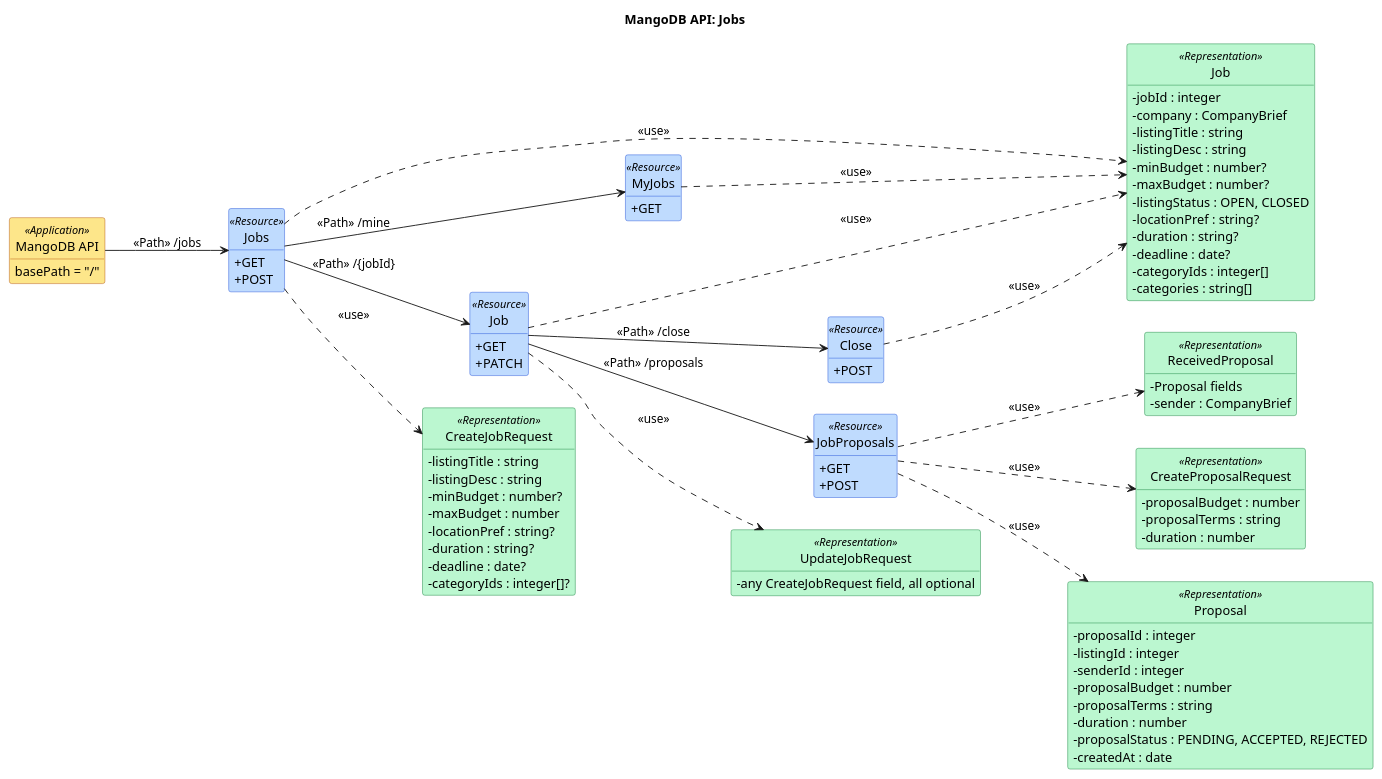
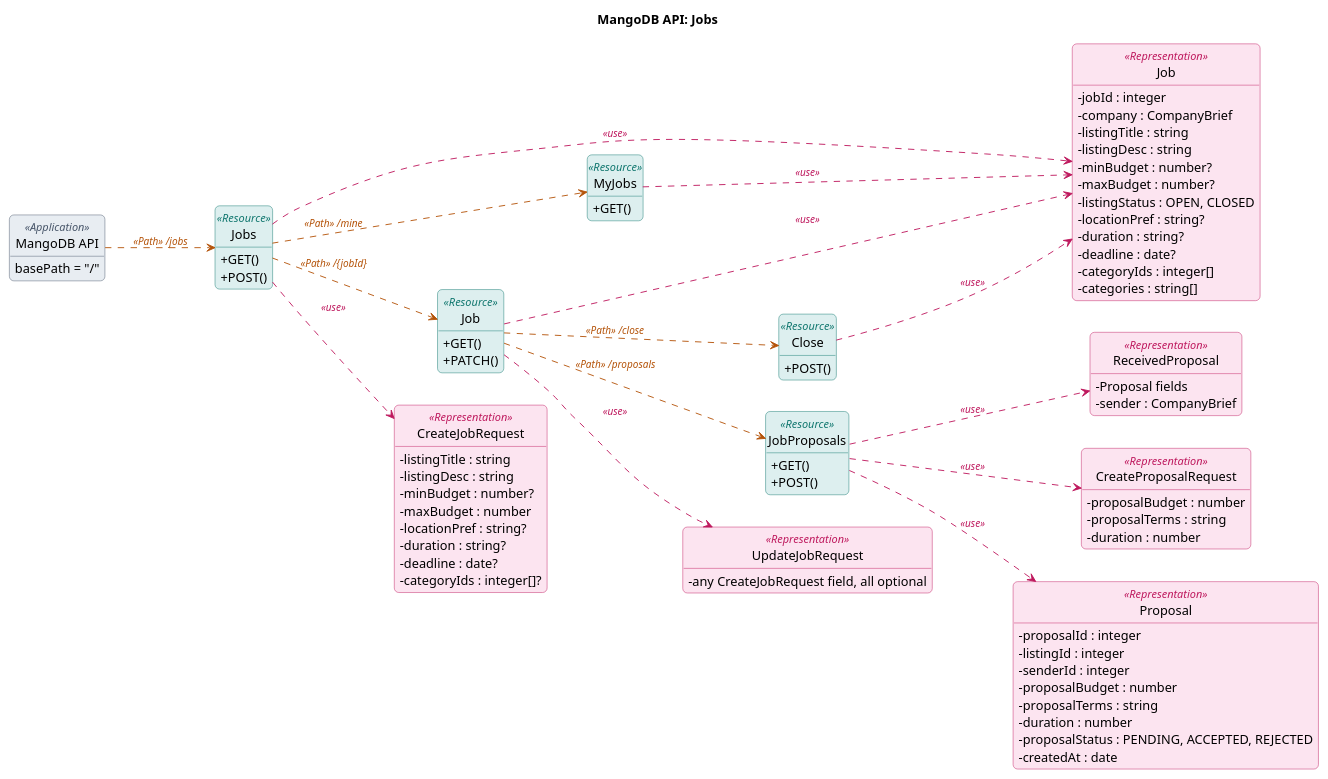
Before and after one commit to taofuuu/MangoDB: the diagram in docs/api/uml/jobs.puml, drawn with PlantUML. The commit also changed 31 other files, not shown here.

First line of the commit message:
docs(api): document quotation and cancel endpoints, restyle UML API diagrams

```diff
--- a/docs/api/uml/jobs.puml
+++ b/docs/api/uml/jobs.puml
@@ -1,98 +1,106 @@
 @startuml
 left to right direction
 skinparam classAttributeIconSize 0
 hide circle
 hide empty members
+skinparam shadowing false
+skinparam roundcorner 10
+skinparam ClassFontStyle bold
+skinparam ClassAttributeFontStyle plain
+skinparam ArrowFontSize 11
 skinparam class {
-  BackgroundColor<<Application>> #FDE68A
-  BorderColor<<Application>> #B45309
-  BackgroundColor<<Resource>> #BFDBFE
-  BorderColor<<Resource>> #1D4ED8
-  BackgroundColor<<Representation>> #BBF7D0
-  BorderColor<<Representation>> #15803D
+  BackgroundColor<<Application>> #E8EDF2
+  BorderColor<<Application>> #475569
+  BackgroundColor<<Resource>> #DDEFEF
+  BorderColor<<Resource>> #0F766E
+  BackgroundColor<<Representation>> #FCE4F0
+  BorderColor<<Representation>> #BE185D
+  StereotypeFontColor<<Application>> #475569
+  StereotypeFontColor<<Resource>> #0F766E
+  StereotypeFontColor<<Representation>> #BE185D
 }
 title MangoDB API: Jobs
 
 class "MangoDB API" as API <<Application>> {
   basePath = "/"
 }
 class "Jobs" as Jobs <<Resource>> {
-  + GET
-  + POST
+  + GET()
+  + POST()
 }
 class "MyJobs" as MyJobs <<Resource>> {
-  + GET
+  + GET()
 }
 class "Job" as JobR <<Resource>> {
-  + GET
-  + PATCH
+  + GET()
+  + PATCH()
 }
 class "Close" as CloseJob <<Resource>> {
-  + POST
+  + POST()
 }
 class "JobProposals" as JobProposals <<Resource>> {
-  + GET
-  + POST
+  + GET()
+  + POST()
 }
 class "Job" as JobRep <<Representation>> {
   -jobId : integer
   -company : CompanyBrief
   -listingTitle : string
   -listingDesc : string
   -minBudget : number?
   -maxBudget : number?
   -listingStatus : OPEN, CLOSED
   -locationPref : string?
   -duration : string?
   -deadline : date?
   -categoryIds : integer[]
   -categories : string[]
 }
 class "CreateJobRequest" as CreateJobRequestRep <<Representation>> {
   -listingTitle : string
   -listingDesc : string
   -minBudget : number?
   -maxBudget : number
   -locationPref : string?
   -duration : string?
   -deadline : date?
   -categoryIds : integer[]?
 }
 class "UpdateJobRequest" as UpdateJobRequestRep <<Representation>> {
   -any CreateJobRequest field, all optional
 }
 class "ReceivedProposal" as ReceivedProposalRep <<Representation>> {
   -Proposal fields
   -sender : CompanyBrief
 }
 class "CreateProposalRequest" as CreateProposalRequestRep <<Representation>> {
   -proposalBudget : number
   -proposalTerms : string
   -duration : number
 }
 class "Proposal" as ProposalRep <<Representation>> {
   -proposalId : integer
   -listingId : integer
   -senderId : integer
   -proposalBudget : number
   -proposalTerms : string
   -duration : number
   -proposalStatus : PENDING, ACCEPTED, REJECTED
   -createdAt : date
 }
 
-API --> Jobs : <<Path>> /jobs
-Jobs ..> JobRep : <<use>>
-Jobs ..> CreateJobRequestRep : <<use>>
-Jobs --> MyJobs : <<Path>> /mine
-MyJobs ..> JobRep : <<use>>
-Jobs --> JobR : <<Path>> /{jobId}
-JobR ..> JobRep : <<use>>
-JobR ..> UpdateJobRequestRep : <<use>>
-JobR --> CloseJob : <<Path>> /close
-CloseJob ..> JobRep : <<use>>
-JobR --> JobProposals : <<Path>> /proposals
-JobProposals ..> ReceivedProposalRep : <<use>>
-JobProposals ..> CreateProposalRequestRep : <<use>>
-JobProposals ..> ProposalRep : <<use>>
+API -[#B45309,dashed]-> Jobs : <i><color:#B45309>«Path» /jobs</color></i>
+Jobs -[#BE185D,dashed]-> JobRep : <i><color:#BE185D>«use»</color></i>
+Jobs -[#BE185D,dashed]-> CreateJobRequestRep : <i><color:#BE185D>«use»</color></i>
+Jobs -[#B45309,dashed]-> MyJobs : <i><color:#B45309>«Path» /mine</color></i>
+MyJobs -[#BE185D,dashed]-> JobRep : <i><color:#BE185D>«use»</color></i>
+Jobs -[#B45309,dashed]-> JobR : <i><color:#B45309>«Path» /{jobId}</color></i>
+JobR -[#BE185D,dashed]-> JobRep : <i><color:#BE185D>«use»</color></i>
+JobR -[#BE185D,dashed]-> UpdateJobRequestRep : <i><color:#BE185D>«use»</color></i>
+JobR -[#B45309,dashed]-> CloseJob : <i><color:#B45309>«Path» /close</color></i>
+CloseJob -[#BE185D,dashed]-> JobRep : <i><color:#BE185D>«use»</color></i>
+JobR -[#B45309,dashed]-> JobProposals : <i><color:#B45309>«Path» /proposals</color></i>
+JobProposals -[#BE185D,dashed]-> ReceivedProposalRep : <i><color:#BE185D>«use»</color></i>
+JobProposals -[#BE185D,dashed]-> CreateProposalRequestRep : <i><color:#BE185D>«use»</color></i>
+JobProposals -[#BE185D,dashed]-> ProposalRep : <i><color:#BE185D>«use»</color></i>
 @enduml
```
